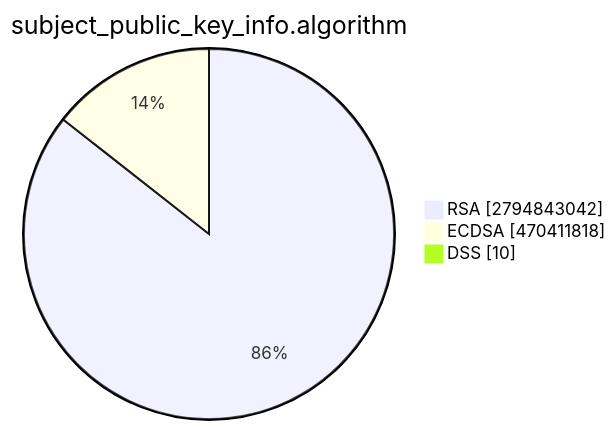
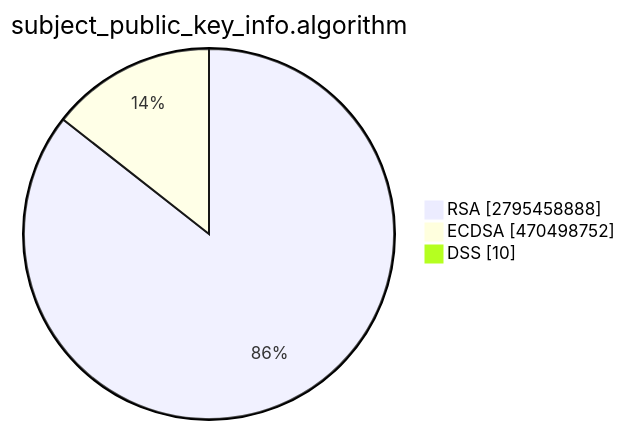
Before and after one commit to christiankrug/ctmonitor_visualization: the second of 15 diagrams in TOTAL/README.md, drawn with Mermaid. The commit also changed other lines of this file, not shown here.

````diff
--- a/TOTAL/README.md
+++ b/TOTAL/README.md
@@ -6,7 +6,7 @@
 ```mermaid
 pie showData
 title subject_public_key_info.algorithm
-"RSA" :2794843042
-"ECDSA" :470411818
+"RSA" :2795458888
+"ECDSA" :470498752
 "DSS" :10
 ```
````
